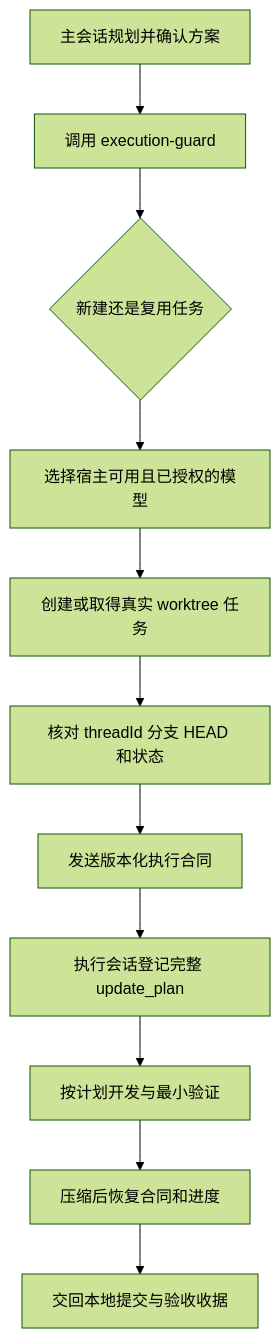
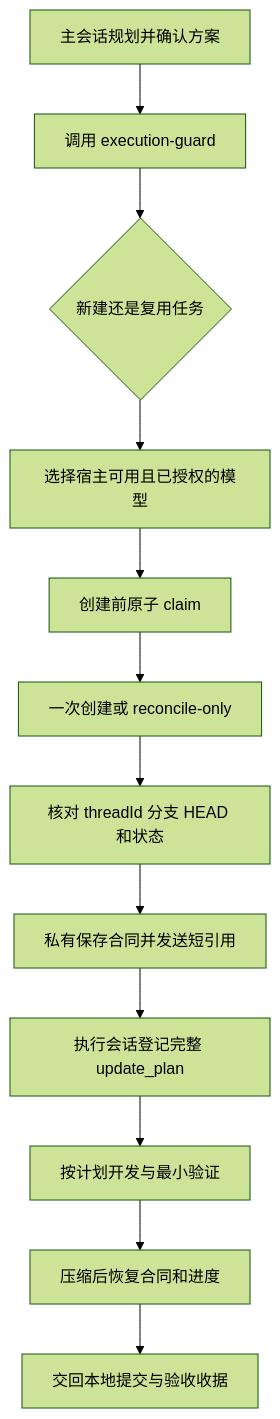
Before and after one commit to AKin-lvyifang/codex-execution-guard: the diagram in README.md, drawn with Mermaid (forest theme). The commit also changed other lines of this file and 17 other files, not shown here.

````diff
--- a/README.md
+++ b/README.md
@@ -76,13 +78,14 @@
 ```mermaid
 flowchart TD
     A[主会话规划并确认方案] --> B[调用 execution-guard]
     B --> C{新建还是复用任务}
     C --> D[选择宿主可用且已授权的模型]
-    D --> E[创建或取得真实 worktree 任务]
-    E --> F[核对 threadId 分支 HEAD 和状态]
-    F --> G[发送版本化执行合同]
-    G --> H[执行会话登记完整 update_plan]
+    D --> E[创建前原子 claim]
+    E --> F[一次创建或 reconcile-only]
+    F --> G[核对 threadId 分支 HEAD 和状态]
+    G --> X[私有保存合同并发送短引用]
+    X --> H[执行会话登记完整 update_plan]
     H --> I[按计划开发与最小验证]
     I --> J[压缩后恢复合同和进度]
     J --> K[交回本地提交与验收收据]
 ```
````
